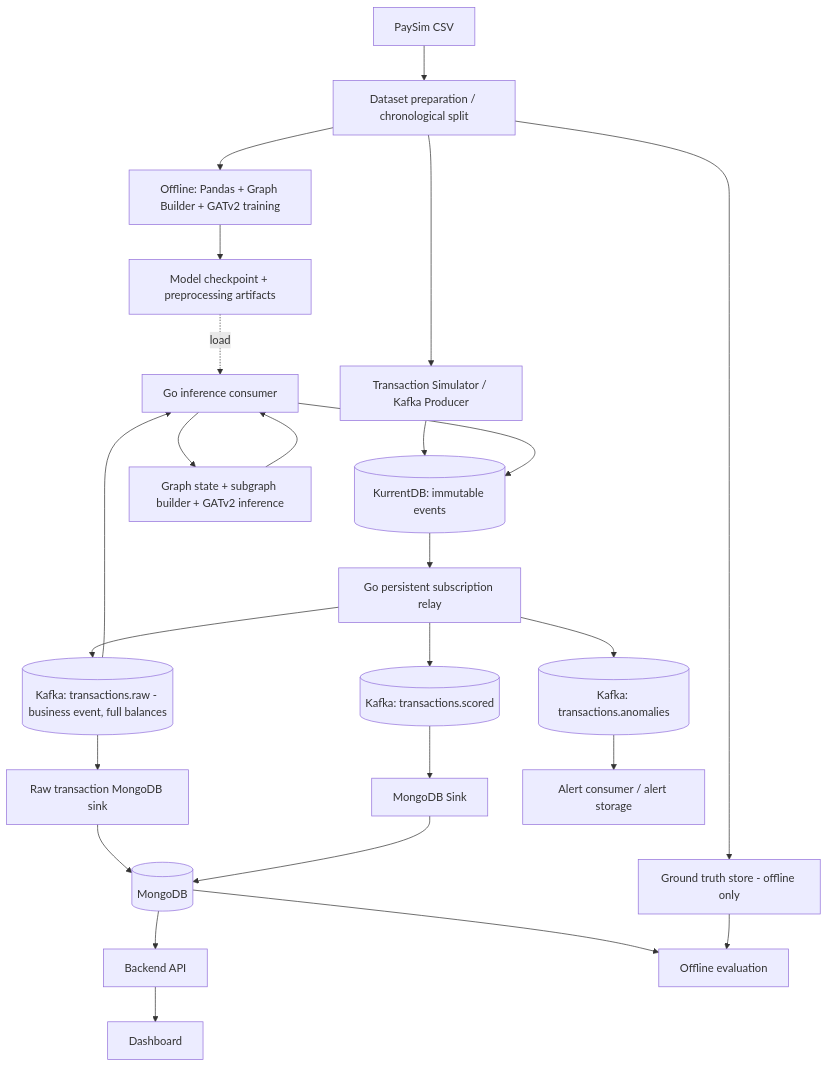
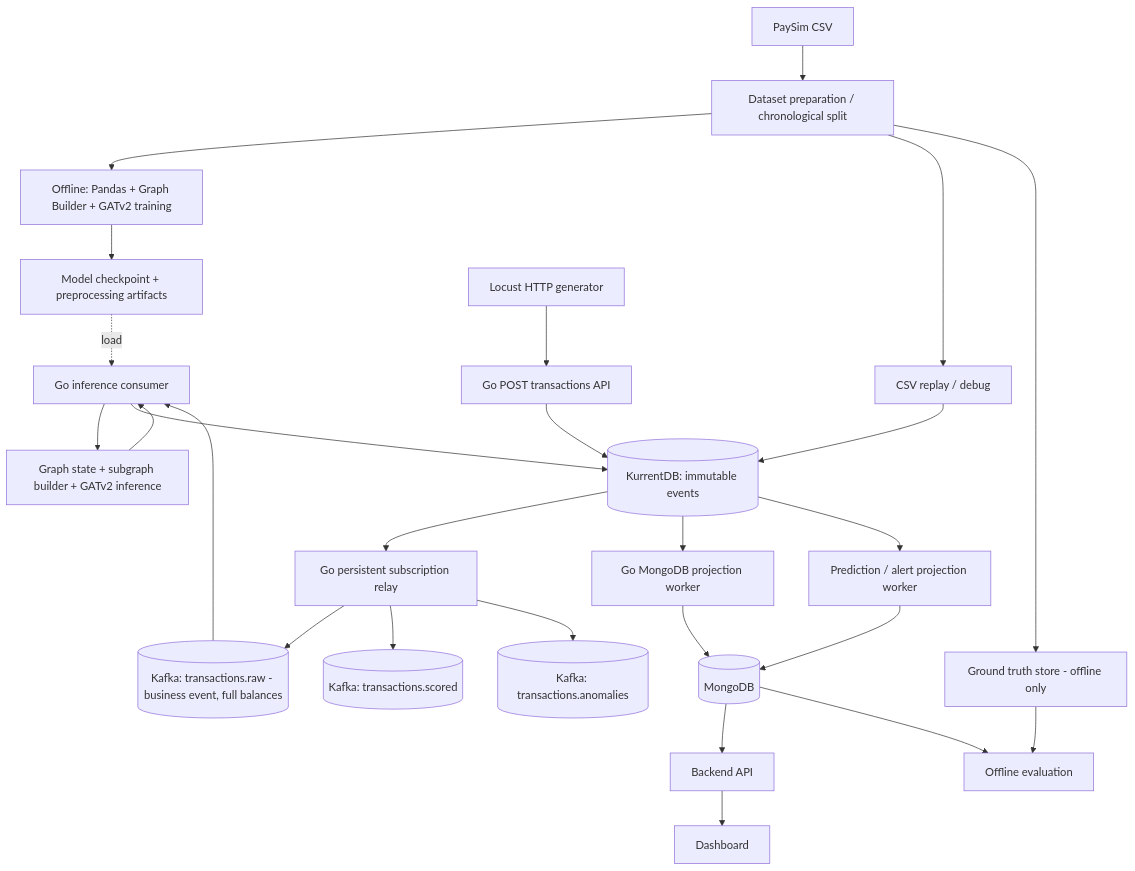
One commit to MyNameIsKry/kafka-learning changed the diagram in financial_anomaly_kafka_paysim_design_v2.md. Above: the diagram before and after it, drawn with Mermaid. The commit also changed other lines of this file and 12 other files, not shown here.

Commit message:
feat: unify API and event workers with Locust transaction ingestion

````diff
--- a/financial_anomaly_kafka_paysim_design_v2.md
+++ b/financial_anomaly_kafka_paysim_design_v2.md
@@ -18,27 +18,28 @@
 ```mermaid
 flowchart TB
   CSV[PaySim CSV] --> Split[Dataset preparation / chronological split]
   Split --> Train[Offline: Pandas + Graph Builder + GATv2 training]
   Train --> Artifacts[Model checkpoint + preprocessing artifacts]
-  Split --> Replay[Transaction Simulator / Kafka Producer]
+  Split --> Replay[CSV replay / debug]
+  Locust[Locust HTTP generator] --> Ingest[Go POST transactions API]
+  Ingest --> EventStore
   Split --> Labels[Ground truth store - offline only]
   Replay --> EventStore[(KurrentDB: immutable events)]
   EventStore --> Relay[Go persistent subscription relay]
   Relay --> Raw[(Kafka: transactions.raw - business event, full balances)]
-  Raw --> TransactionSink[Raw transaction MongoDB sink]
+  EventStore --> TransactionSink[Go MongoDB projection worker]
   TransactionSink --> Mongo
   Raw --> Consumer[Go inference consumer]
   Artifacts -. load .-> Consumer
   Consumer --> Graph[Graph state + subgraph builder + GATv2 inference]
   Graph --> Consumer
   Consumer --> EventStore
   Relay --> Scored[(Kafka: transactions.scored)]
   Relay --> Anomalies[(Kafka: transactions.anomalies)]
-  Scored --> Sink[MongoDB Sink]
+  EventStore --> Sink[Prediction / alert projection worker]
   Sink --> Mongo[(MongoDB)]
-  Anomalies --> Alert[Alert consumer / alert storage]
   Mongo --> API[Backend API]
   API --> UI[Dashboard]
   Mongo --> Eval[Offline evaluation]
   Labels --> Eval
 ```
````
